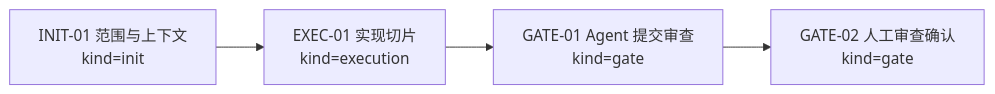
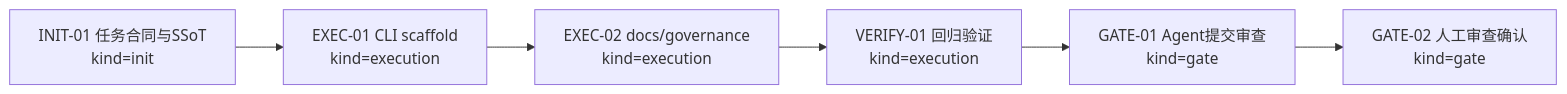
Before and after one commit to LnYo-Cly/ai4j: the first of 2 diagrams in coding-agent-harness/planning/tasks/2026-06-09-ai4j-extension-plugin-scaffold-wave-9-1923fbfb/visual_map.md, drawn with Mermaid. The commit also changed other lines of this file and 18 other files, not shown here.

Commit message:
feat(cli): scaffold extension plugin projects

````diff
--- a/coding-agent-harness/planning/tasks/2026-06-09-ai4j-extension-plugin-scaffold-wave-9-1923fbfb/visual_map.md
+++ b/coding-agent-harness/planning/tasks/2026-06-09-ai4j-extension-plugin-scaffold-wave-9-1923fbfb/visual_map.md
@@ -15,6 +14,8 @@
 ```mermaid
 flowchart LR
-  INIT01["INIT-01 范围与上下文\nkind=init"] --> EXEC01["EXEC-01 实现切片\nkind=execution"]
-  EXEC01 --> GATE01["GATE-01 Agent 提交审查\nkind=gate"]
+  INIT01["INIT-01 任务合同与SSoT\nkind=init"] --> EXEC01["EXEC-01 CLI scaffold\nkind=execution"]
+  EXEC01 --> EXEC02["EXEC-02 docs/governance\nkind=execution"]
+  EXEC02 --> VERIFY01["VERIFY-01 回归验证\nkind=execution"]
+  VERIFY01 --> GATE01["GATE-01 Agent提交审查\nkind=gate"]
   GATE01 --> GATE02["GATE-02 人工审查确认\nkind=gate"]
 ```
````
